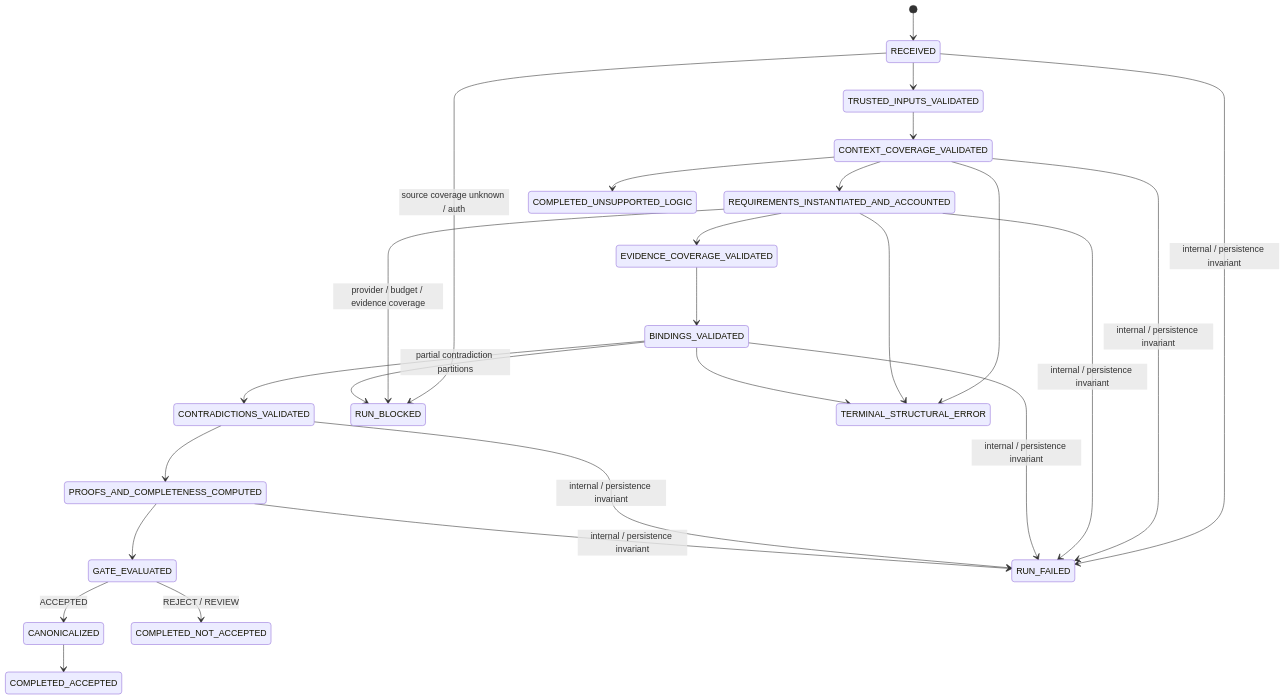
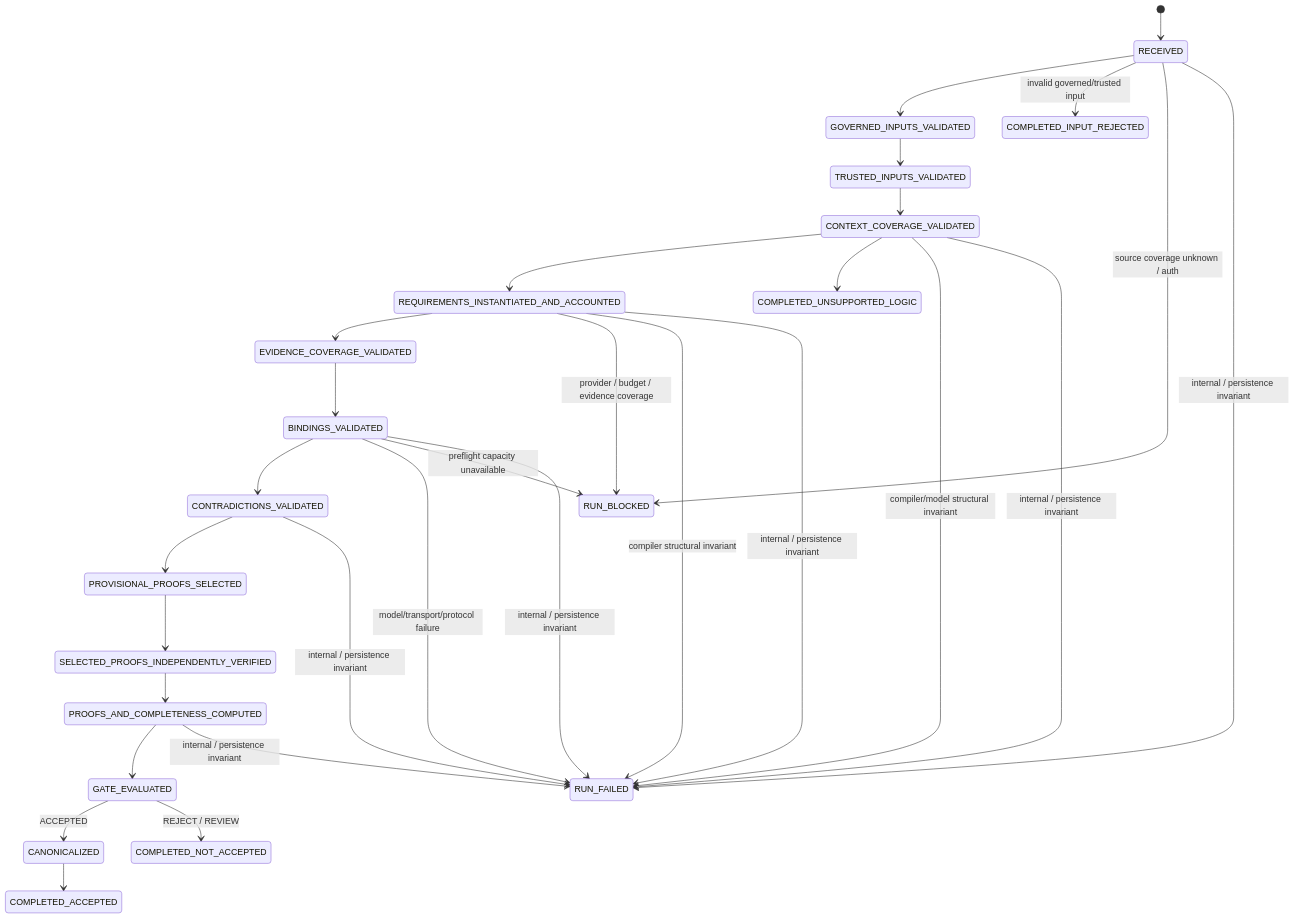
Before and after one commit to dabaitudiu/continuum: the second of 2 diagrams in docs/continuum_module_01_semantic_dependency_compiler/02_ARCHITECTURE.md, drawn with Mermaid. The commit also changed other lines of this file and 18 other files, not shown here.

Commit message:
docs: revise option B architecture to revision 5

````diff
--- a/docs/continuum_module_01_semantic_dependency_compiler/02_ARCHITECTURE.md
+++ b/docs/continuum_module_01_semantic_dependency_compiler/02_ARCHITECTURE.md
@@ -102,29 +111,33 @@
 ```mermaid
 stateDiagram-v2
     [*] --> RECEIVED
-    RECEIVED --> TRUSTED_INPUTS_VALIDATED
+    RECEIVED --> GOVERNED_INPUTS_VALIDATED
+    GOVERNED_INPUTS_VALIDATED --> TRUSTED_INPUTS_VALIDATED
     TRUSTED_INPUTS_VALIDATED --> CONTEXT_COVERAGE_VALIDATED
     CONTEXT_COVERAGE_VALIDATED --> REQUIREMENTS_INSTANTIATED_AND_ACCOUNTED
     REQUIREMENTS_INSTANTIATED_AND_ACCOUNTED --> EVIDENCE_COVERAGE_VALIDATED
     EVIDENCE_COVERAGE_VALIDATED --> BINDINGS_VALIDATED
     BINDINGS_VALIDATED --> CONTRADICTIONS_VALIDATED
-    CONTRADICTIONS_VALIDATED --> PROOFS_AND_COMPLETENESS_COMPUTED
+    CONTRADICTIONS_VALIDATED --> PROVISIONAL_PROOFS_SELECTED
+    PROVISIONAL_PROOFS_SELECTED --> SELECTED_PROOFS_INDEPENDENTLY_VERIFIED
+    SELECTED_PROOFS_INDEPENDENTLY_VERIFIED --> PROOFS_AND_COMPLETENESS_COMPUTED
     PROOFS_AND_COMPLETENESS_COMPUTED --> GATE_EVALUATED
     GATE_EVALUATED --> CANONICALIZED: ACCEPTED
     GATE_EVALUATED --> COMPLETED_NOT_ACCEPTED: REJECT / REVIEW
     CANONICALIZED --> COMPLETED_ACCEPTED
 
+    RECEIVED --> COMPLETED_INPUT_REJECTED: invalid governed/trusted input
     RECEIVED --> RUN_BLOCKED: source coverage unknown / auth
     REQUIREMENTS_INSTANTIATED_AND_ACCOUNTED --> RUN_BLOCKED: provider / budget / evidence coverage
-    BINDINGS_VALIDATED --> RUN_BLOCKED: partial contradiction partitions
+    BINDINGS_VALIDATED --> RUN_FAILED: model/transport/protocol failure
+    BINDINGS_VALIDATED --> RUN_BLOCKED: preflight capacity unavailable
     CONTEXT_COVERAGE_VALIDATED --> COMPLETED_UNSUPPORTED_LOGIC
-    CONTEXT_COVERAGE_VALIDATED --> TERMINAL_STRUCTURAL_ERROR
-    REQUIREMENTS_INSTANTIATED_AND_ACCOUNTED --> TERMINAL_STRUCTURAL_ERROR
-    BINDINGS_VALIDATED --> TERMINAL_STRUCTURAL_ERROR
+    CONTEXT_COVERAGE_VALIDATED --> RUN_FAILED: compiler/model structural invariant
+    REQUIREMENTS_INSTANTIATED_AND_ACCOUNTED --> RUN_FAILED: compiler structural invariant
     RECEIVED --> RUN_FAILED: internal / persistence invariant
     CONTEXT_COVERAGE_VALIDATED --> RUN_FAILED: internal / persistence invariant
     REQUIREMENTS_INSTANTIATED_AND_ACCOUNTED --> RUN_FAILED: internal / persistence invariant
     BINDINGS_VALIDATED --> RUN_FAILED: internal / persistence invariant
     CONTRADICTIONS_VALIDATED --> RUN_FAILED: internal / persistence invariant
     PROOFS_AND_COMPLETENESS_COMPUTED --> RUN_FAILED: internal / persistence invariant
 ```
````
